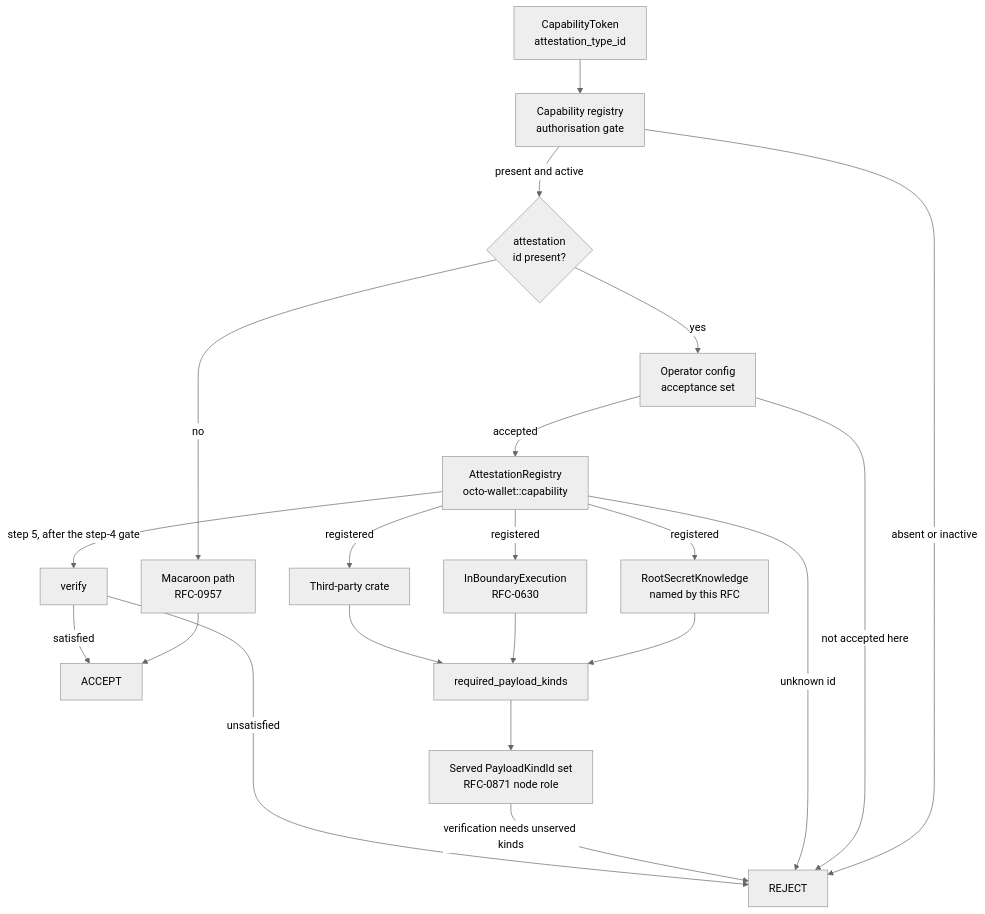
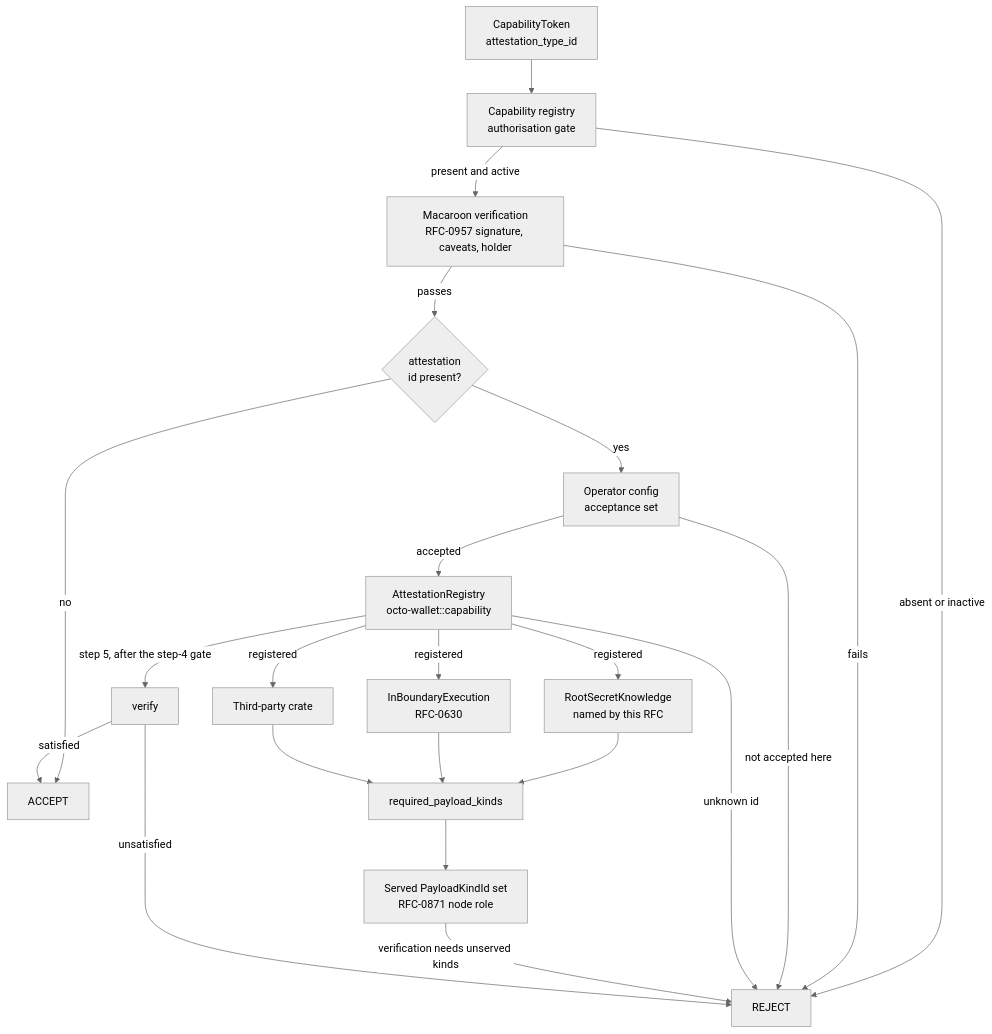
One commit to CipherOcto/cipherocto changed the diagram in rfcs/draft/economics/0973-pluggable-proof-attestation-for-capabilities.md. Above: the diagram before and after it, drawn with Mermaid (neutral theme). The commit also changed other lines of this file, not shown here.

````diff
--- a/rfcs/draft/economics/0973-pluggable-proof-attestation-for-capabilities.md
+++ b/rfcs/draft/economics/0973-pluggable-proof-attestation-for-capabilities.md
@@ -162,23 +162,24 @@
 ```mermaid
 graph TD
     Token[CapabilityToken<br/>attestation_type_id] --> Iss[Capability registry<br/>authorisation gate]
     Iss -->|absent or inactive| Reject[REJECT]
-    Iss -->|present and active| HasId{attestation<br/>id present?}
-    HasId -->|no| Mac[Macaroon path<br/>RFC-0957]
-    Mac --> Accept[ACCEPT]
+    Iss -->|present and active| Mac[Macaroon verification<br/>RFC-0957 signature, caveats, holder]
+    Mac -->|fails| Reject
+    Mac -->|passes| HasId{attestation<br/>id present?}
+    HasId -->|no| Accept[ACCEPT]
     HasId -->|yes| Cfg[Operator config<br/>acceptance set]
     Cfg -->|not accepted here| Reject
     Cfg -->|accepted| Reg[AttestationRegistry<br/>octo-wallet::capability]
     Reg -->|unknown id| Reject
     Reg -->|registered| S1[RootSecretKnowledge<br/>named by this RFC]
     Reg -->|registered| S2[InBoundaryExecution<br/>RFC-0630]
     Reg -->|registered| S3[Third-party crate]
     S1 --> Req[required_payload_kinds]
     S2 --> Req
     S3 --> Req
     Req --> Kinds[Served PayloadKindId set<br/>RFC-0871 node role]
     Kinds -->|verification needs unserved kinds| Reject
     Reg -->|step 5, after the step-4 gate| Verify[verify]
     Verify -->|unsatisfied| Reject
     Verify -->|satisfied| Accept
 ```
````
